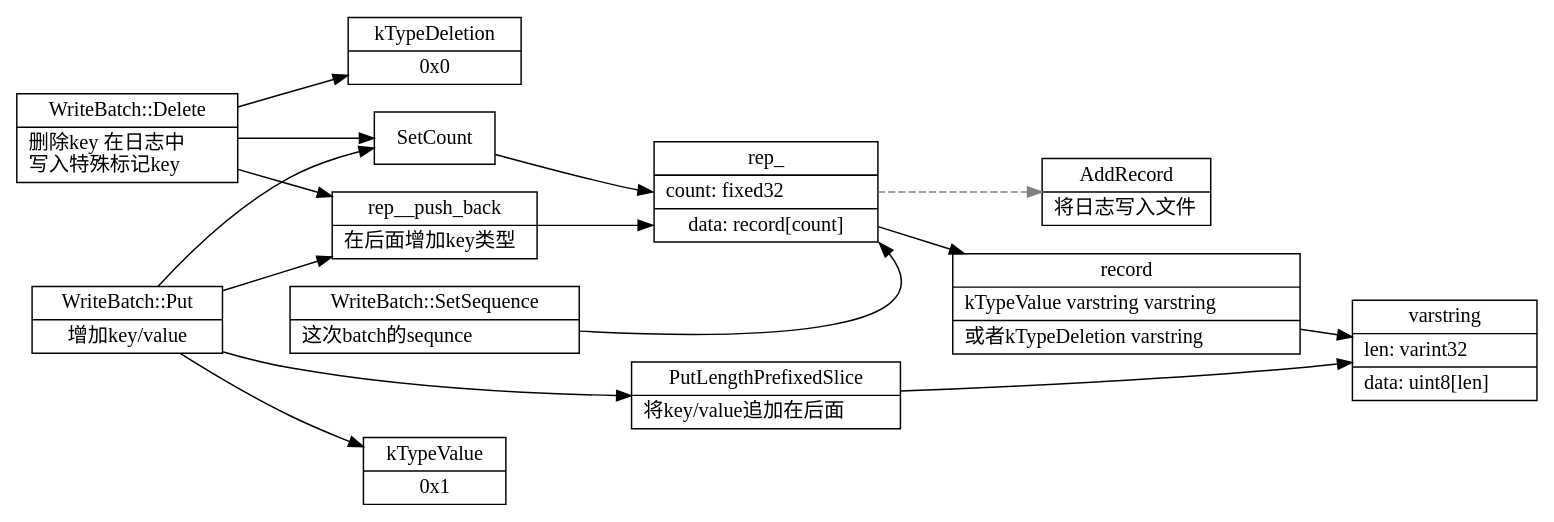
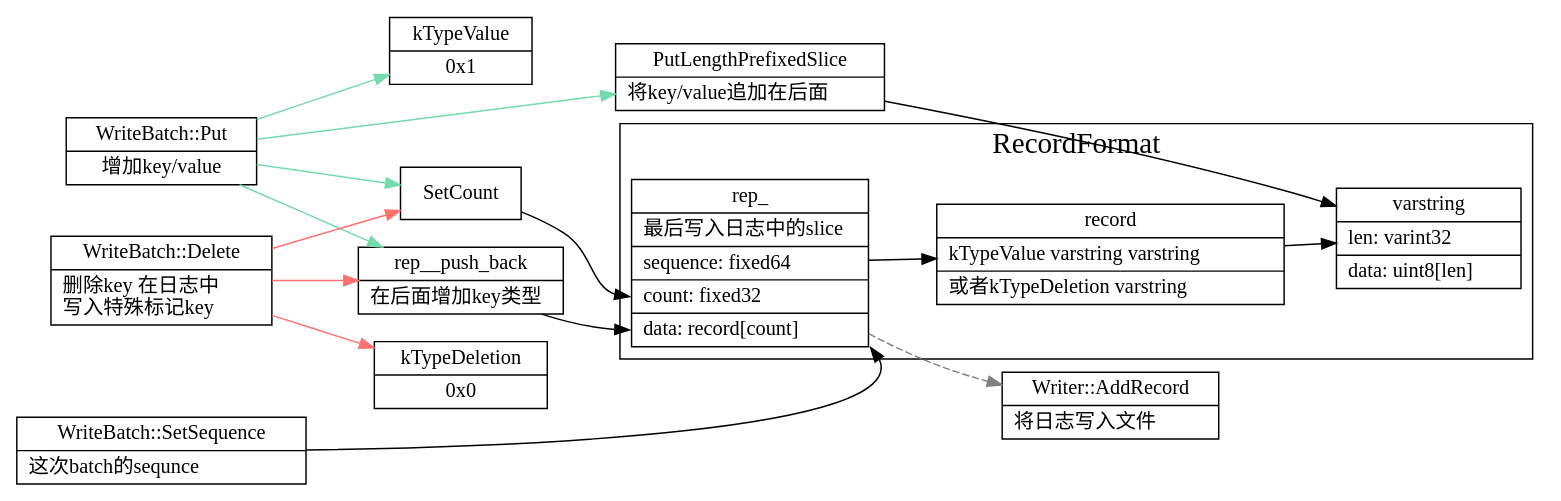
The diagram in src/leveldb/write_batch_internal.dot (xieyu/blog), drawn with Graphviz before and after one commit. The commit also changed 7 other files, not shown here.

Commit message:
add detail graph of wal log

```diff
--- a/src/leveldb/write_batch_internal.dot
+++ b/src/leveldb/write_batch_internal.dot
@@ -1,106 +1,115 @@
 digraph write_batch{
   node[shape=box;];
   newrank=true;
   rankdir=LR;
+  subgraph cluster_RecordFormat {
+    graph[label="RecordFormat";fontsize=20;];
+    rep_;
+    record;
+    varstring;
+  }
+
   rep_[
     shape="record";
     label="{{
       rep_|
-      最后写入日志中的slice
+      最后写入日志中的slice\l|
       <sequnce> sequence: fixed64\l|
       <count> count: fixed32\l|
-      <data> data: record[count]
+      <data> data: record[count]\l
     }}";
   ];
   record[
     shape="record";
     label="{{
       record|
         kTypeValue varstring varstring\l|
         或者kTypeDeletion varstring\l
     }}";
   ];
   varstring[
     shape="record";
     label="{{
       varstring|
       len: varint32\l|
       data: uint8[len]\l
     }}";
   ];
   rep__push_back[
     shape="record";
     label="{{
       rep__push_back|
       在后面增加key类型\l
     }}";
   ];
   PutLengthPrefixedSlice[
     shape="record";
     label="{{
       PutLengthPrefixedSlice|
       将key/value追加在后面\l
     }}";
   ];
   WriteBatch_Put[
     shape="record";
     label="{{
       WriteBatch::Put|
       增加key/value
     }}";
   ];
   SetSequence -> rep_:sequence;
   WriteBatch_Delete[
     shape="record";
     label="{{
       WriteBatch::Delete|
       删除key 在日志中\l 
       写入特殊标记key\l
     }}";
   ];
   SetSequence[
     shape="record";
     label="{{
       WriteBatch::SetSequence|
       这次batch的sequnce\l
     }}";
   ];
   kTypeDeletion[
     shape="record";
     label="{{
       kTypeDeletion|
       0x0
     }}";
   ];
   kTypeValue[
     shape="record";
     label="{{
       kTypeValue|
       0x1
     }}";
   ];
   SetCount -> rep_:count;
   rep_ -> record -> varstring;
   PutLengthPrefixedSlice -> varstring;
   rep_ -> AddRecord[style=dashed;color=gray];
   AddRecord[
     shape="record";
     label="{{
-      AddRecord|
+      Writer::AddRecord|
       将日志写入文件\l
     }}";
   ];
 
   WriteBatch_Put -> {
     SetCount;
     kTypeValue;
     rep__push_back;
     PutLengthPrefixedSlice;
-  }
+  }[color="#75daad"];
+
   WriteBatch_Delete ->  {
     SetCount;
     kTypeDeletion;
     rep__push_back;
-  }
+  }[color="#FF7272"];
+  {rank=same;WriteBatch_Delete;WriteBatch_Put;SetSequence};
   rep__push_back -> rep_:data;
 }
```
